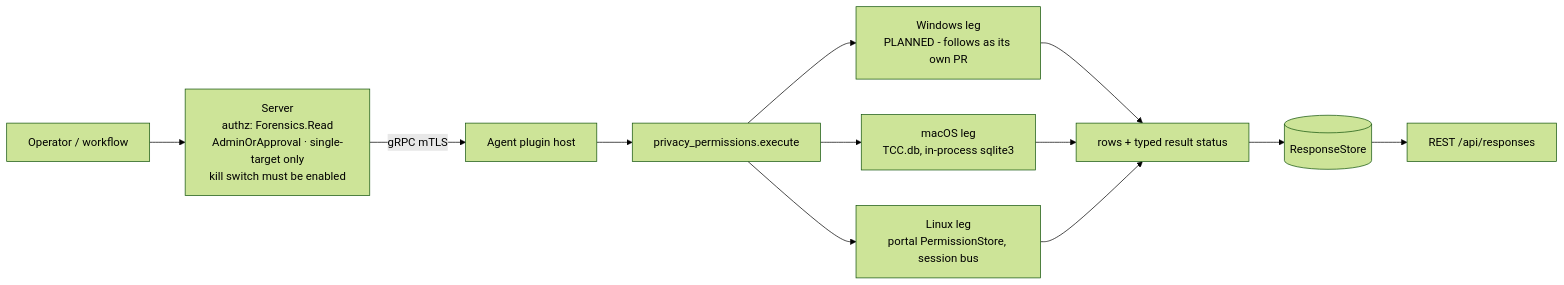
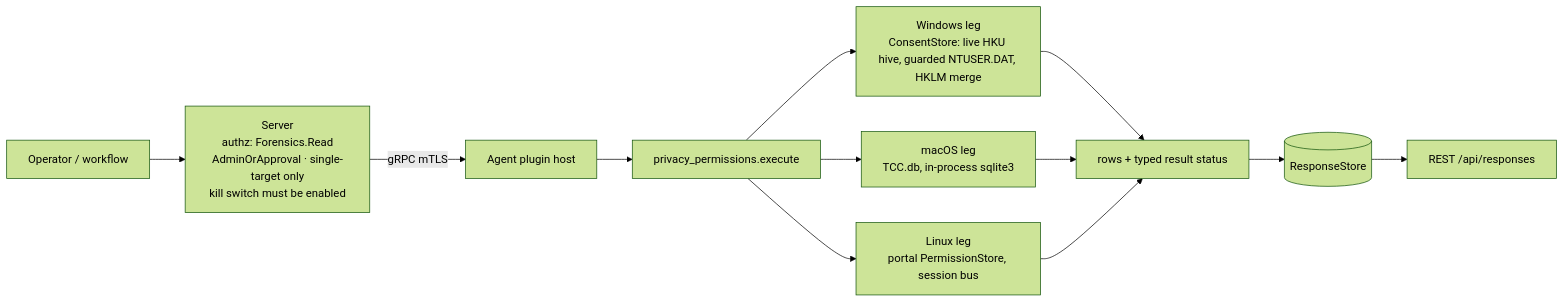
Before and after one commit to DevNullLtd/Yuzu: the diagram in agents/plugins/privacy_permissions/README.md, drawn with Mermaid (forest theme). The commit also changed other lines of this file and 21 other files, not shown here.

Commit message:
privacy_permissions: Windows ConsentStore leg with guarded offline hive fallback

````diff
--- a/agents/plugins/privacy_permissions/README.md
+++ b/agents/plugins/privacy_permissions/README.md
@@ -23,9 +23,9 @@
 ```mermaid
 flowchart LR
   OP[Operator / workflow] --> SRV[Server<br/>authz: Forensics.Read<br/>AdminOrApproval · single-target only<br/>kill switch must be enabled]
   SRV -- gRPC mTLS --> HOST[Agent plugin host] --> EX[privacy_permissions.execute]
-  EX --> WIN[Windows leg<br/>PLANNED - follows as its own PR]
+  EX --> WIN[Windows leg<br/>ConsentStore: live HKU hive, guarded NTUSER.DAT, HKLM merge]
   EX --> MAC[macOS leg<br/>TCC.db, in-process sqlite3]
   EX --> LIN[Linux leg<br/>portal PermissionStore, session bus]
   WIN & MAC & LIN --> ROWS[rows + typed result status] --> RS[(ResponseStore)] --> API[REST /api/responses]
 ```
````
